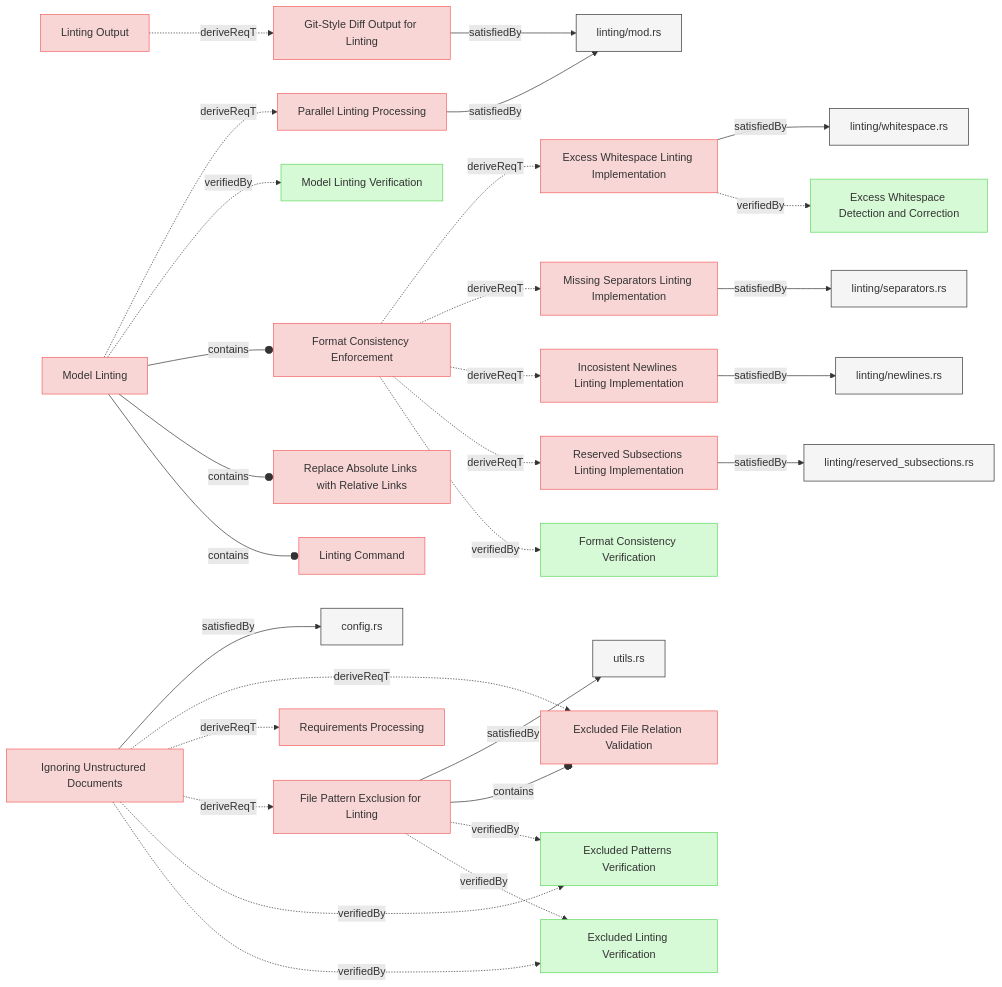
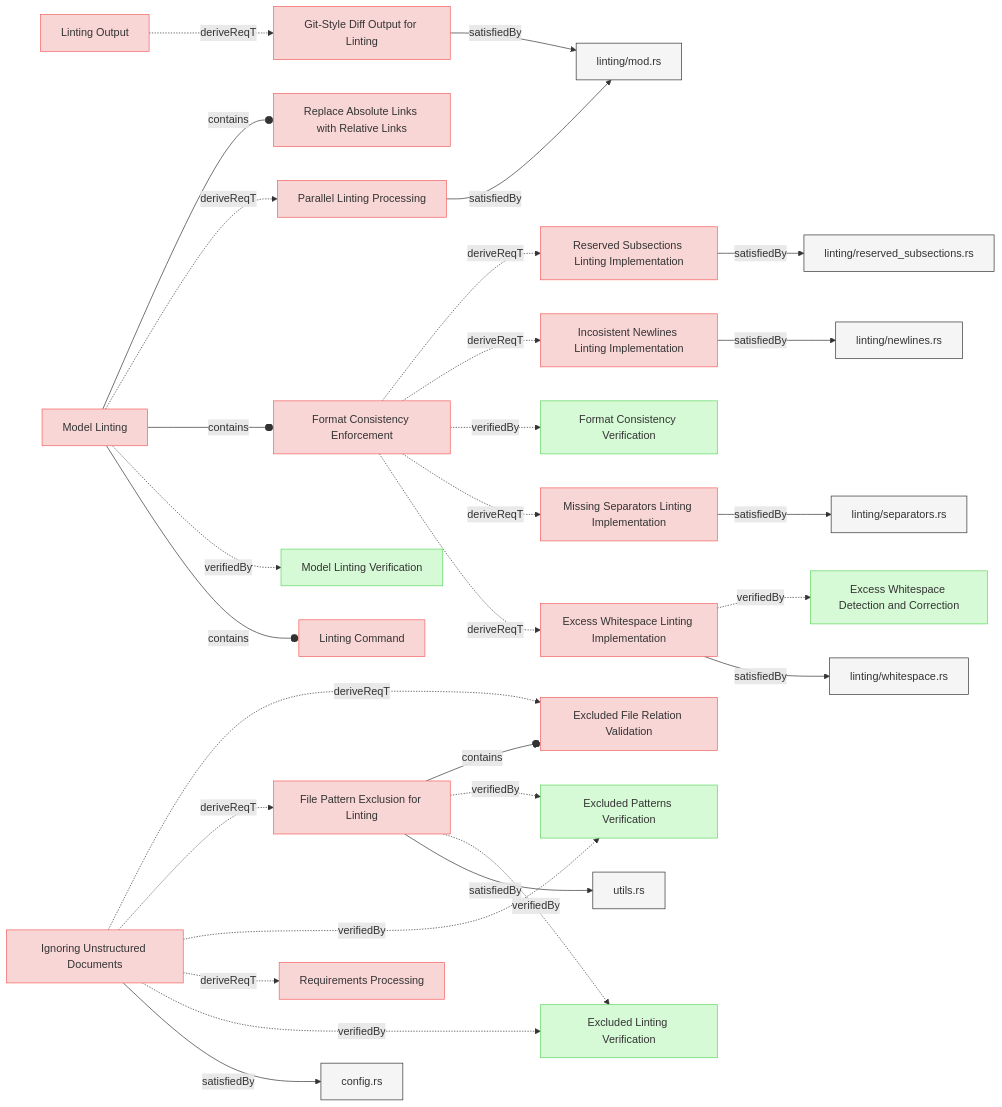
The first of 8 diagrams in specifications/SystemRequirements/Requirements.md (reqvire-org/reqvire), drawn with Mermaid before and after one commit. The commit also changed other lines of this file and 23 other files, not shown here.

````diff
--- a/specifications/SystemRequirements/Requirements.md
+++ b/specifications/SystemRequirements/Requirements.md
@@ -16,32 +16,6 @@
   class c418c3775592f201 default;
   click c418c3775592f201 "../../core/src/linting/mod.rs";
   b7dd9db7a1290b97 -->|satisfiedBy| c418c3775592f201;
-  47401bd64e231632["Parallel Linting Processing"];
-  class 47401bd64e231632 requirement;
-  click 47401bd64e231632 "Requirements.md#parallel-linting-processing";
-  c418c3775592f201["linting/mod.rs"];
-  class c418c3775592f201 default;
-  click c418c3775592f201 "../../core/src/linting/mod.rs";
-  47401bd64e231632 -->|satisfiedBy| c418c3775592f201;
-  bef37c31db69b66a["File Pattern Exclusion for Linting"];
-  class bef37c31db69b66a requirement;
-  click bef37c31db69b66a "Requirements.md#file-pattern-exclusion-for-linting";
-  ce2625feec883e55["utils.rs"];
-  class ce2625feec883e55 default;
-  click ce2625feec883e55 "../../core/src/utils.rs";
-  bef37c31db69b66a -->|satisfiedBy| ce2625feec883e55;
-  929c6c204cb3fedb["Excluded File Relation Validation"];
-  class 929c6c204cb3fedb requirement;
-  click 929c6c204cb3fedb "Requirements.md#excluded-file-relation-validation";
-  bef37c31db69b66a --o|contains| 929c6c204cb3fedb;
-  590a4cc1c558992f["Excluded Patterns Verification"];
-  class 590a4cc1c558992f verification;
-  click 590a4cc1c558992f "../Verifications/LintingTests.md#excluded-patterns-verification";
-  bef37c31db69b66a -.->|verifiedBy| 590a4cc1c558992f;
-  71b5a1d5e278aa8e["Excluded Linting Verification"];
-  class 71b5a1d5e278aa8e verification;
-  click 71b5a1d5e278aa8e "../Verifications/LintingTests.md#excluded-linting-verification";
-  bef37c31db69b66a -.->|verifiedBy| 71b5a1d5e278aa8e;
   9f473f6e0b993cac["Excess Whitespace Linting Implementation"];
   class 9f473f6e0b993cac requirement;
   click 9f473f6e0b993cac "Requirements.md#excess-whitespace-linting-implementation";
@@ -60,6 +34,25 @@
   class 9cbd45fe044171ec default;
   click 9cbd45fe044171ec "../../core/src/linting/separators.rs";
   719bf8b75772947d -->|satisfiedBy| 9cbd45fe044171ec;
+  bef37c31db69b66a["File Pattern Exclusion for Linting"];
+  class bef37c31db69b66a requirement;
+  click bef37c31db69b66a "Requirements.md#file-pattern-exclusion-for-linting";
+  ce2625feec883e55["utils.rs"];
+  class ce2625feec883e55 default;
+  click ce2625feec883e55 "../../core/src/utils.rs";
+  bef37c31db69b66a -->|satisfiedBy| ce2625feec883e55;
+  71b5a1d5e278aa8e["Excluded Linting Verification"];
+  class 71b5a1d5e278aa8e verification;
+  click 71b5a1d5e278aa8e "../Verifications/LintingTests.md#excluded-linting-verification";
+  bef37c31db69b66a -.->|verifiedBy| 71b5a1d5e278aa8e;
+  590a4cc1c558992f["Excluded Patterns Verification"];
+  class 590a4cc1c558992f verification;
+  click 590a4cc1c558992f "../Verifications/LintingTests.md#excluded-patterns-verification";
+  bef37c31db69b66a -.->|verifiedBy| 590a4cc1c558992f;
+  929c6c204cb3fedb["Excluded File Relation Validation"];
+  class 929c6c204cb3fedb requirement;
+  click 929c6c204cb3fedb "Requirements.md#excluded-file-relation-validation";
+  bef37c31db69b66a --o|contains| 929c6c204cb3fedb;
   7d44a9de72f2ed11["Incosistent Newlines Linting Implementation"];
   class 7d44a9de72f2ed11 requirement;
   click 7d44a9de72f2ed11 "Requirements.md#incosistent-newlines-linting-implementation";
@@ -74,10 +67,35 @@
   class 4ef2e0c1cdbc35ab default;
   click 4ef2e0c1cdbc35ab "../../core/src/linting/indentation.rs";
   a7bd845c64d1685e -->|satisfiedBy| 4ef2e0c1cdbc35ab;
+  47401bd64e231632["Parallel Linting Processing"];
+  class 47401bd64e231632 requirement;
+  click 47401bd64e231632 "Requirements.md#parallel-linting-processing";
+  c418c3775592f201["linting/mod.rs"];
+  class c418c3775592f201 default;
+  click c418c3775592f201 "../../core/src/linting/mod.rs";
+  47401bd64e231632 -->|satisfiedBy| c418c3775592f201;
+  be83c2991e9535c7["Ignoring Unstructured Documents"];
+  class be83c2991e9535c7 requirement;
+  click be83c2991e9535c7 "Requirements.md#ignoring-unstructured-documents";
+  8419dcc77d92b609["config.rs"];
+  class 8419dcc77d92b609 default;
+  click 8419dcc77d92b609 "../../cli/src/config.rs";
+  be83c2991e9535c7 -->|satisfiedBy| 8419dcc77d92b609;
+  be83c2991e9535c7 -.->|verifiedBy| 71b5a1d5e278aa8e;
+  bed8d0948b3e5ccd["Requirements Processing"];
+  class bed8d0948b3e5ccd requirement;
+  click bed8d0948b3e5ccd "Requirements.md#requirements-processing";
+  be83c2991e9535c7 -.->|deriveReqT| bed8d0948b3e5ccd;
+  be83c2991e9535c7 -.->|verifiedBy| 590a4cc1c558992f;
+  be83c2991e9535c7 -.->|deriveReqT| bef37c31db69b66a;
+  be83c2991e9535c7 -.->|deriveReqT| 929c6c204cb3fedb;
   7305c1d6f7f1e2b2["Model Linting"];
   class 7305c1d6f7f1e2b2 requirement;
   click 7305c1d6f7f1e2b2 "../UserRequirements.md#model-linting";
-  7305c1d6f7f1e2b2 -.->|deriveReqT| 47401bd64e231632;
+  a51179cda67cf9f2["Linting Command"];
+  class a51179cda67cf9f2 requirement;
+  click a51179cda67cf9f2 "../UserRequirements.md#linting-command";
+  7305c1d6f7f1e2b2 --o|contains| a51179cda67cf9f2;
   6481e4ca8c4d6920["Model Linting Verification"];
   class 6481e4ca8c4d6920 verification;
   click 6481e4ca8c4d6920 "../Verifications/LintingTests.md#model-linting-verification";
@@ -86,39 +104,21 @@
   class 974ccf933675ef44 requirement;
   click 974ccf933675ef44 "../UserRequirements.md#format-consistency-enforcement";
   7305c1d6f7f1e2b2 --o|contains| 974ccf933675ef44;
+  7305c1d6f7f1e2b2 -.->|deriveReqT| 47401bd64e231632;
   8dfe33c28555e80a["Replace Absolute Links with Relative Links"];
   class 8dfe33c28555e80a requirement;
   click 8dfe33c28555e80a "../UserRequirements.md#replace-absolute-links-with-relative-links";
   7305c1d6f7f1e2b2 --o|contains| 8dfe33c28555e80a;
-  a51179cda67cf9f2["Linting Command"];
-  class a51179cda67cf9f2 requirement;
-  click a51179cda67cf9f2 "../UserRequirements.md#linting-command";
-  7305c1d6f7f1e2b2 --o|contains| a51179cda67cf9f2;
+  26fdf88d16b09109["Linting Output"];
+  class 26fdf88d16b09109 requirement;
+  click 26fdf88d16b09109 "../UserRequirements.md#linting-output";
+  26fdf88d16b09109 -.->|deriveReqT| b7dd9db7a1290b97;
   974ccf933675ef44 -.->|deriveReqT| 9f473f6e0b993cac;
   974ccf933675ef44 -.->|deriveReqT| 719bf8b75772947d;
-  974ccf933675ef44 -.->|deriveReqT| 7d44a9de72f2ed11;
-  974ccf933675ef44 -.->|deriveReqT| a7bd845c64d1685e;
   b8bfbd5ccf026b31["Format Consistency Verification"];
   class b8bfbd5ccf026b31 verification;
   click b8bfbd5ccf026b31 "../Verifications/LintingTests.md#format-consistency-verification";
   974ccf933675ef44 -.->|verifiedBy| b8bfbd5ccf026b31;
-  be83c2991e9535c7["Ignoring Unstructured Documents"];
-  class be83c2991e9535c7 requirement;
-  click be83c2991e9535c7 "Requirements.md#ignoring-unstructured-documents";
-  8419dcc77d92b609["config.rs"];
-  class 8419dcc77d92b609 default;
-  click 8419dcc77d92b609 "../../cli/src/config.rs";
-  be83c2991e9535c7 -->|satisfiedBy| 8419dcc77d92b609;
-  be83c2991e9535c7 -.->|deriveReqT| 929c6c204cb3fedb;
-  bed8d0948b3e5ccd["Requirements Processing"];
-  class bed8d0948b3e5ccd requirement;
-  click bed8d0948b3e5ccd "Requirements.md#requirements-processing";
-  be83c2991e9535c7 -.->|deriveReqT| bed8d0948b3e5ccd;
-  be83c2991e9535c7 -.->|deriveReqT| bef37c31db69b66a;
-  be83c2991e9535c7 -.->|verifiedBy| 590a4cc1c558992f;
-  be83c2991e9535c7 -.->|verifiedBy| 71b5a1d5e278aa8e;
-  26fdf88d16b09109["Linting Output"];
-  class 26fdf88d16b09109 requirement;
-  click 26fdf88d16b09109 "../UserRequirements.md#linting-output";
-  26fdf88d16b09109 -.->|deriveReqT| b7dd9db7a1290b97;
+  974ccf933675ef44 -.->|deriveReqT| 7d44a9de72f2ed11;
+  974ccf933675ef44 -.->|deriveReqT| a7bd845c64d1685e;
 ```
````
